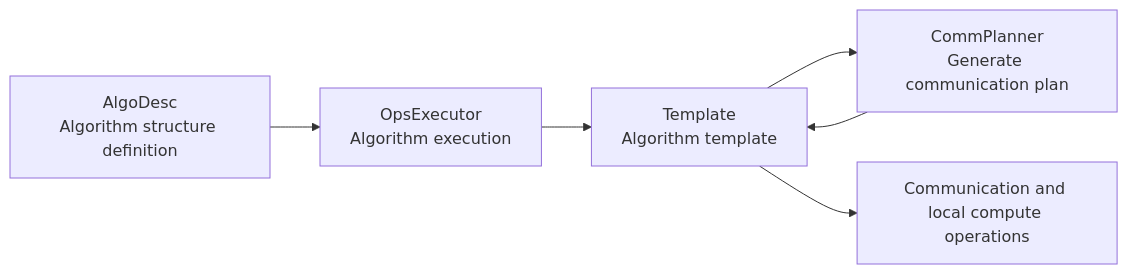
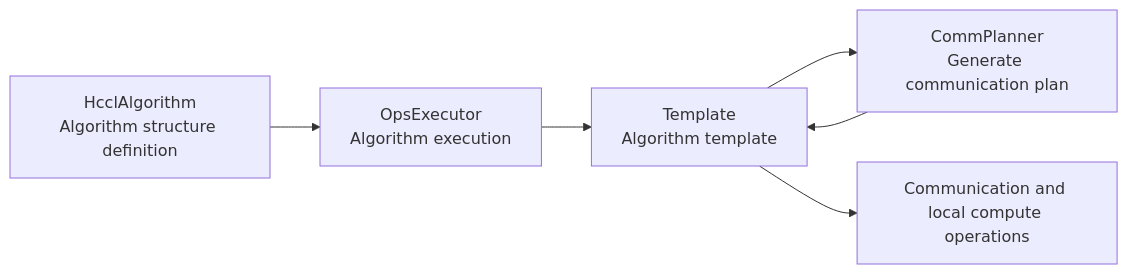
Before and after one commit to hicann/hccl: the second of 10 diagrams in docs/en/rfcs/0003-executor-template-refactor.md, drawn with Mermaid. The commit also changed other lines of this file and 39 other files, not shown here.

````diff
--- a/docs/en/rfcs/0003-executor-template-refactor.md
+++ b/docs/en/rfcs/0003-executor-template-refactor.md
@@ -104,14 +104,14 @@
 ```mermaid
 flowchart LR
-    Algo["AlgoDesc<br/>Algorithm structure definition"]
+    Algo["HcclAlgorithm<br/>Algorithm structure definition"]
     Executor["OpsExecutor<br/>Algorithm execution"]
     Template["Template<br/>Algorithm template"]
     CommPlanner["CommPlanner<br/>Generate communication plan"]
     Comm["Communication and local compute operations"]
 
     Algo --> Executor
     Executor --> Template
     Template --> CommPlanner
     CommPlanner --> Template
     Template --> Comm
 ```
````
